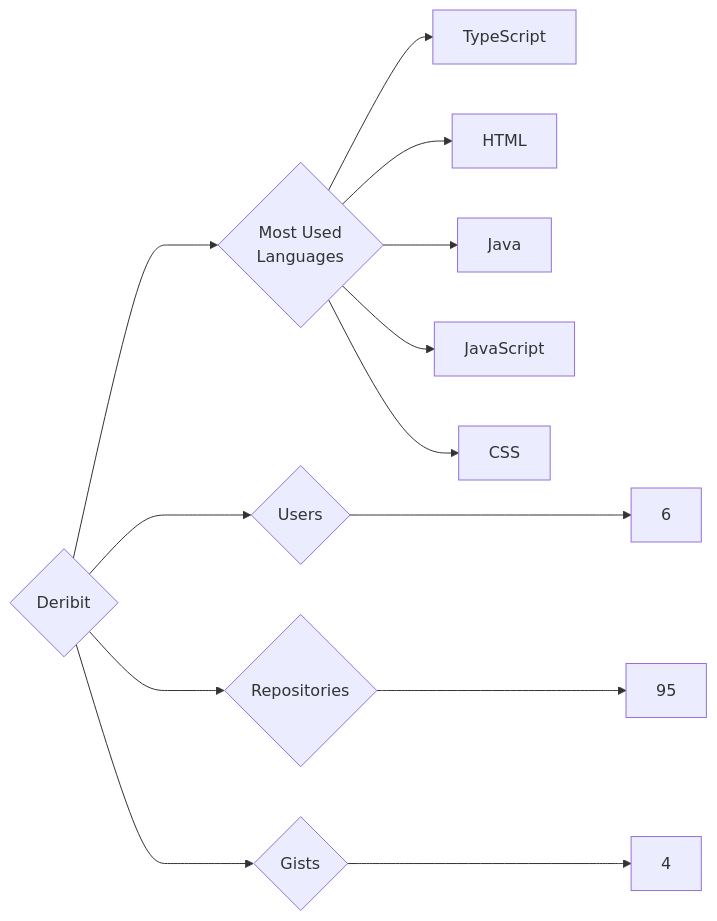
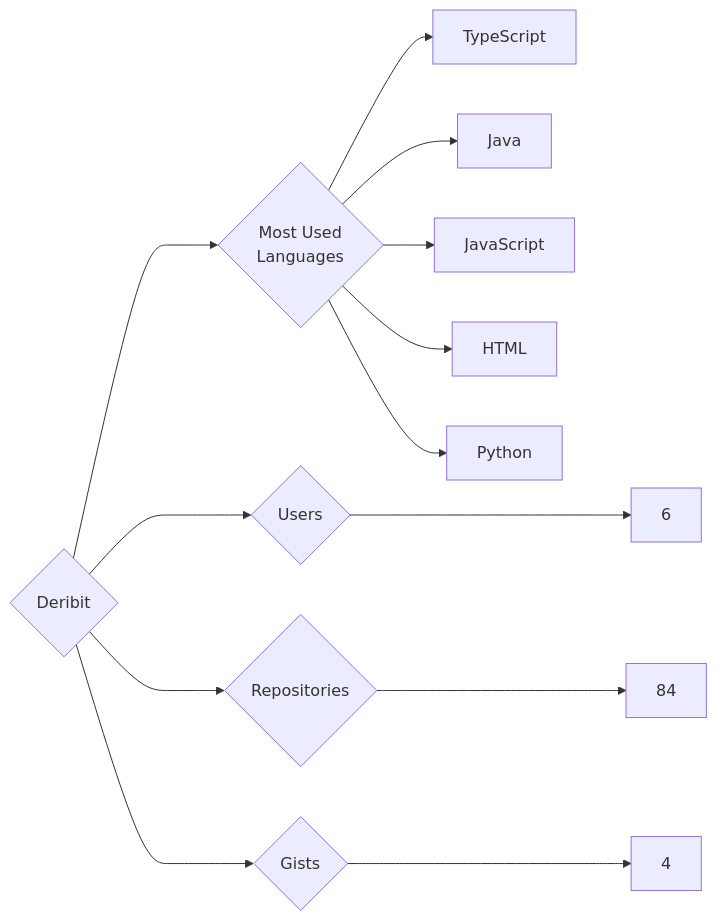
One commit to trickest/insiders changed the diagram in targets/Deribit/README.md. Above: the diagram before and after it, drawn with Mermaid. The commit also changed 1007 other files, not shown here.

````diff
--- a/targets/Deribit/README.md
+++ b/targets/Deribit/README.md
@@ -3,13 +3,13 @@
 ```mermaid
 graph LR
 COMPANY_NAME{Deribit}
 COMPANY_NAME ---> U{Users} ---> UN[6]
-COMPANY_NAME ---> R{Repositories} ---> RN[95]
+COMPANY_NAME ---> R{Repositories} ---> RN[84]
 COMPANY_NAME ---> G{Gists} ---> GN[4]
 COMPANY_NAME ---> ML{Most Used<br>Languages}
 ML --> TypeScript[TypeScript]
-ML --> HTML[HTML]
 ML --> Java[Java]
 ML --> JavaScript[JavaScript]
-ML --> CSS[CSS]
+ML --> HTML[HTML]
+ML --> Python[Python]
 ```
````
